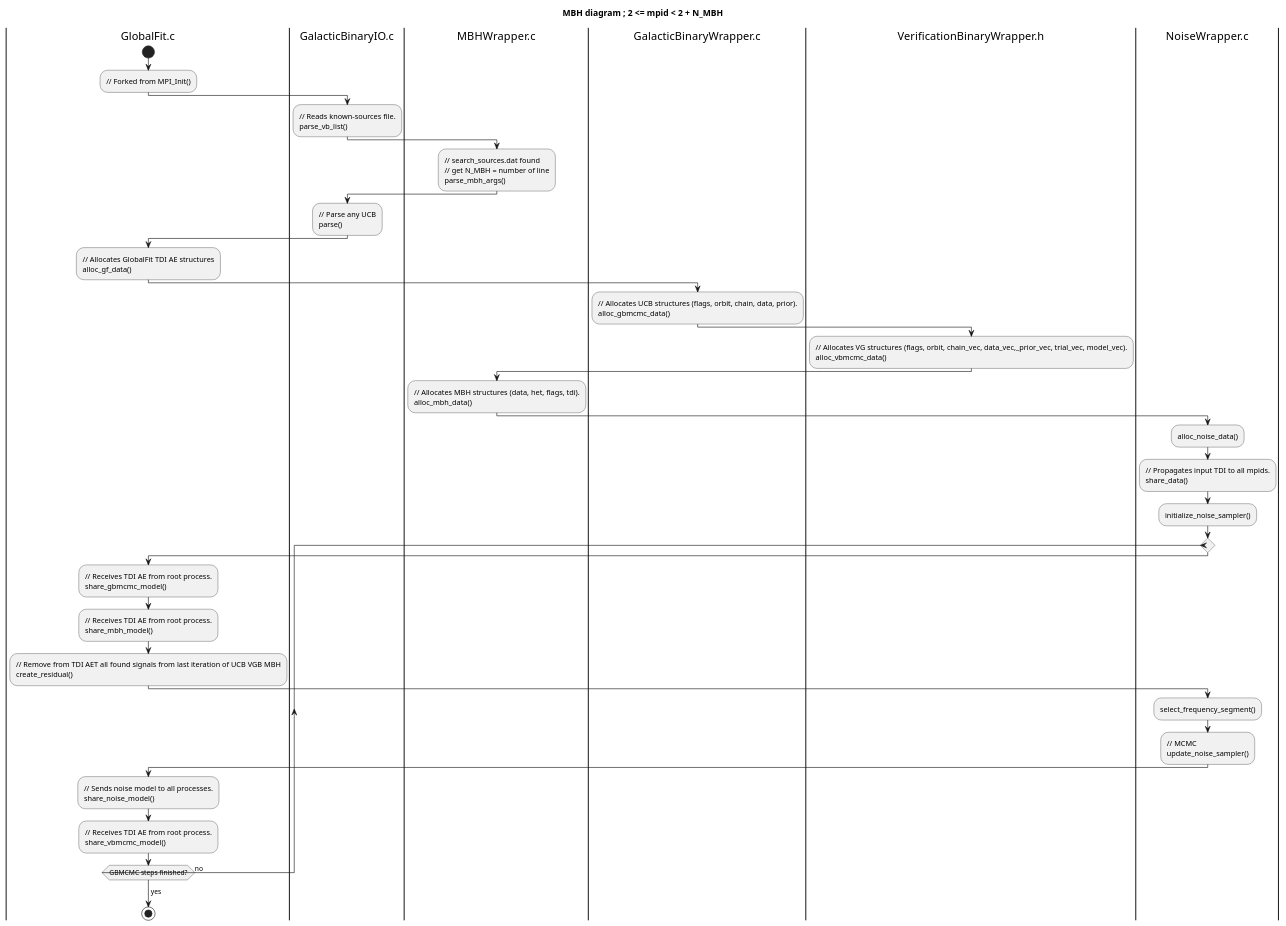
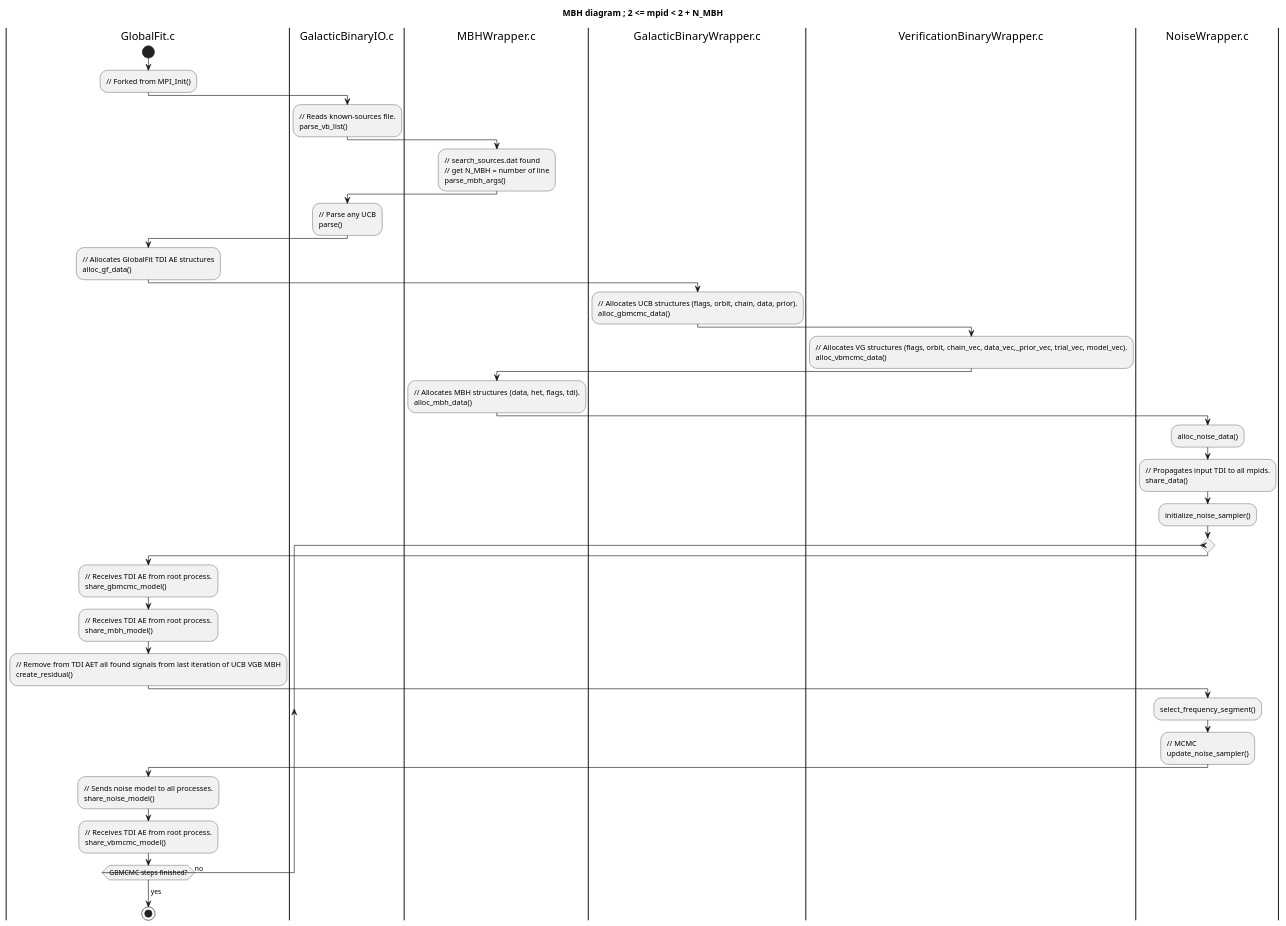
Before and after one commit to antoinetran/cnes-globalfit1-container-idasoft: the diagram in umls/sequence/globalfit_gwsrc_noise.puml, drawn with PlantUML. The commit also changed 3 other files, not shown here.

Commit message:
Fix VerificationBinaryWrapper.h to VerificationBinaryWrapper.c

```diff
--- a/umls/sequence/globalfit_gwsrc_noise.puml
+++ b/umls/sequence/globalfit_gwsrc_noise.puml
@@ -1,74 +1,74 @@
 @startuml
 title MBH diagram ; 2 <= mpid < 2 + N_MBH
 
 |#white|GlobalFit.c|
 start
   :// Forked from MPI_Init();
 
   |#white|GalacticBinaryIO.c|
   :// Reads known-sources file.
   parse_vb_list();
 
   |#white|MBHWrapper.c|
   :// search_sources.dat found
   // get N_MBH = number of line
   parse_mbh_args();
 
   |#white|GalacticBinaryIO.c|
   :// Parse any UCB 
   parse();
 
   |#white|GlobalFit.c|
   :// Allocates GlobalFit TDI AE structures
   alloc_gf_data();
 
   |#white|GalacticBinaryWrapper.c|
   :// Allocates UCB structures (flags, orbit, chain, data, prior).
   alloc_gbmcmc_data();
 
-  |#white|VerificationBinaryWrapper.h|
+  |#white|VerificationBinaryWrapper.c|
   :// Allocates VG structures (flags, orbit, chain_vec, data_vec,_prior_vec, trial_vec, model_vec).
   alloc_vbmcmc_data();
 
   |#white|MBHWrapper.c|
   :// Allocates MBH structures (data, het, flags, tdi).
   alloc_mbh_data();
 
   |#white|NoiseWrapper.c|
   :alloc_noise_data();
 
   :// Propagates input TDI to all mpids.
   share_data();
 
   :initialize_noise_sampler();
 
   repeat
     |#white|GlobalFit.c|
     :// Receives TDI AE from root process.
     share_gbmcmc_model();
 
     |#white|GlobalFit.c|
     :// Receives TDI AE from root process.
     share_mbh_model();
 
     :// Remove from TDI AET all found signals from last iteration of UCB VGB MBH
     create_residual();
 
     |#white|NoiseWrapper.c|
     :select_frequency_segment();
 
     :// MCMC
     update_noise_sampler();
 
     |#white|GlobalFit.c|
     :// Sends noise model to all processes.
     share_noise_model();
 
     :// Receives TDI AE from root process.
     share_vbmcmc_model();
 
   repeat while (GBMCMC steps finished?) is (no)
   ->yes;
 
 stop
 @enduml
```
